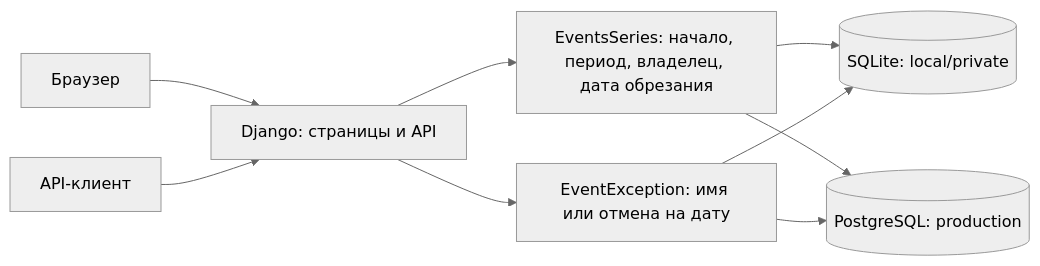
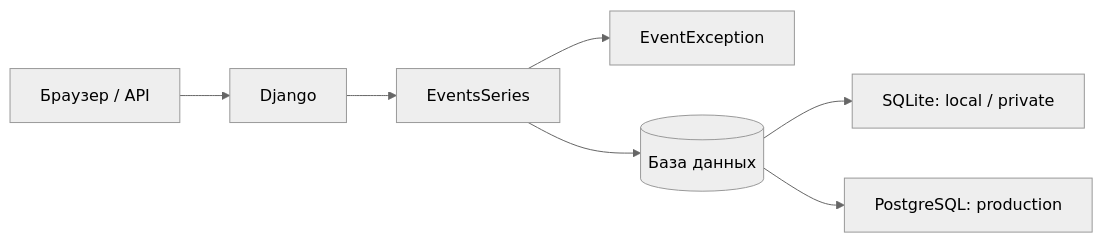
Before and after one commit to BorDch/recurring-calendar-api: the diagram in README.md, drawn with Mermaid (neutral theme). The commit also changed other lines of this file and 4 other files, not shown here.

````diff
--- a/README.md
+++ b/README.md
@@ -24,11 +28,9 @@
 ```mermaid
 flowchart LR
-    B[Браузер] --> D[Django: страницы и API]
-    C[API-клиент] --> D
-    D --> S[EventsSeries: начало, период, владелец, дата обрезания]
-    D --> E[EventException: имя или отмена на дату]
-    S --> L[(SQLite: local/private)]
-    E --> L
-    S --> P[(PostgreSQL: production)]
-    E --> P
+    C[Браузер / API] --> D[Django]
+    D --> S[EventsSeries]
+    S --> E[EventException]
+    S --> DB[(База данных)]
+    DB --> L[SQLite: local / private]
+    DB --> P[PostgreSQL: production]
 ```
````
